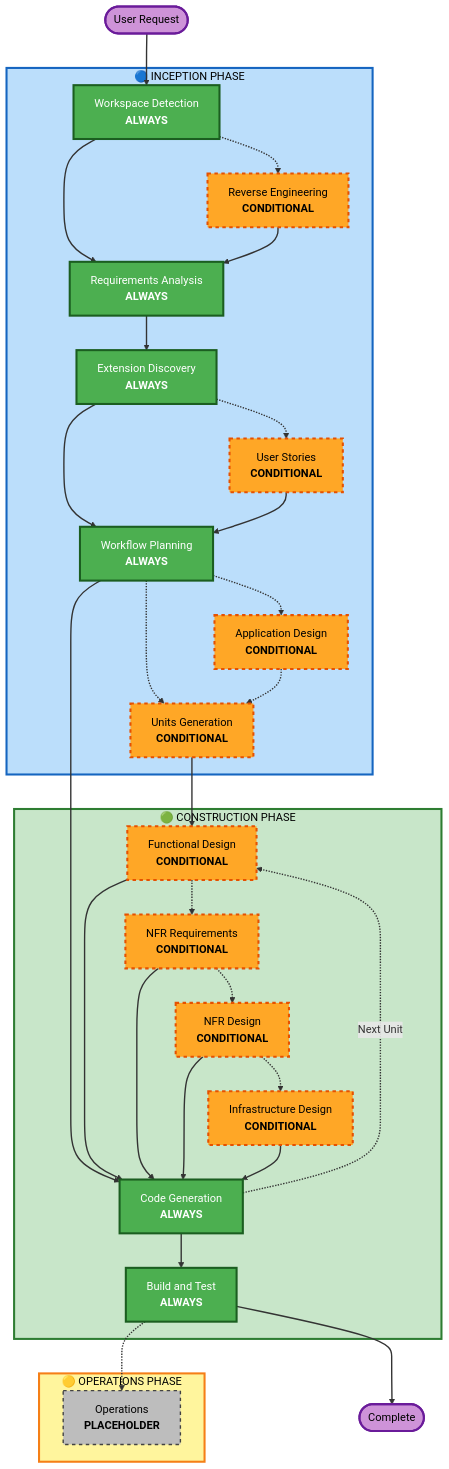
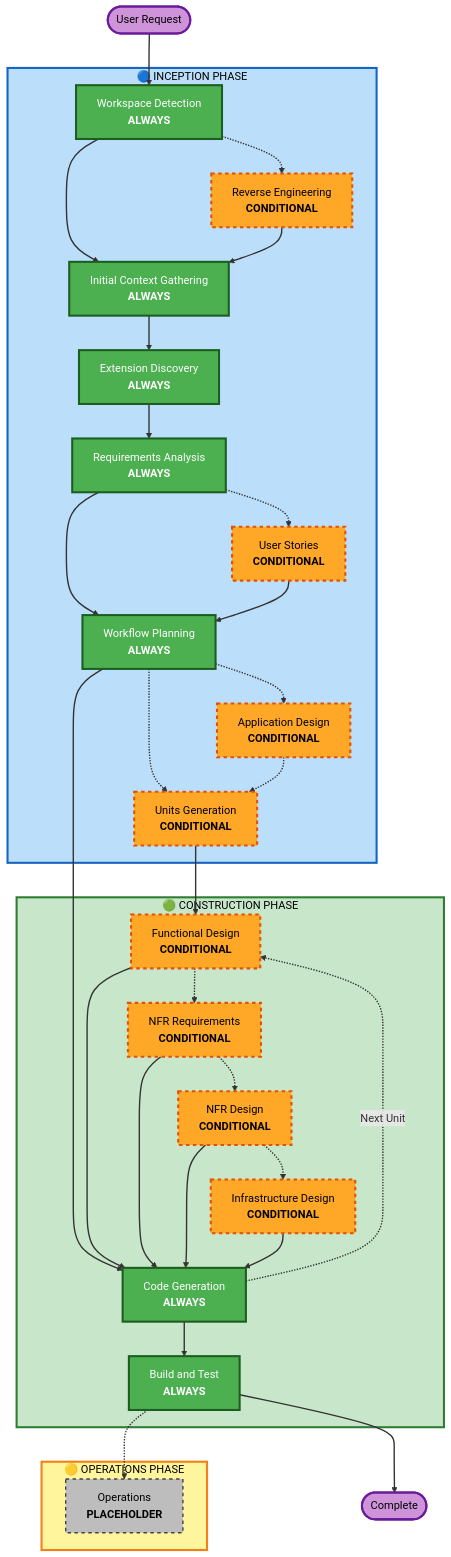
One commit to harmjeff/aidlc-workflows changed the diagram in aidlc-rules/aws-aidlc-rule-details/common/process-overview.md. Above: the diagram before and after it, drawn with Mermaid. The commit also changed other lines of this file and 2 other files, not shown here.

Commit message:
refactor: add Initial Context Gathering stage, extensions load before requirements
- New flow: Workspace Detection → Reverse Engineering → Initial Context Gathering → Extension Discovery → Requirements Analysis
- Initial Context Gathering is lightweight (what, domain, platform, compliance, data sensitivity)
- Extension Discovery uses that context for informed recommendations
- Requirements Analysis now runs WITH extensions loaded — compliance-driven questions injected
- Extension Discovery saves questions/answers to aidlc-docs/extensions/extension-discovery.md
- Enabled extensions saved to aidlc-docs/extensions/enabled-extensions.md
- Update process-overview.md diagram and descriptions

```diff
--- a/aidlc-rules/aws-aidlc-rule-details/common/process-overview.md
+++ b/aidlc-rules/aws-aidlc-rule-details/common/process-overview.md
@@ -37,8 +37,9 @@
     
     subgraph INCEPTION["🔵 INCEPTION PHASE"]
         WD["Workspace Detection<br/><b>ALWAYS</b>"]
+        RE["Reverse Engineering<br/><b>CONDITIONAL</b>"]
+        ICG["Initial Context Gathering<br/><b>ALWAYS</b>"]
         ED["Extension Discovery<br/><b>ALWAYS</b>"]
-        RE["Reverse Engineering<br/><b>CONDITIONAL</b>"]
         RA["Requirements Analysis<br/><b>ALWAYS</b>"]
         Stories["User Stories<br/><b>CONDITIONAL</b>"]
         WP["Workflow Planning<br/><b>ALWAYS</b>"]
@@ -61,12 +62,13 @@
     
     Start --> WD
     WD -.-> RE
-    WD --> RA
-    RE --> RA
-    RA --> ED
+    WD --> ICG
+    RE --> ICG
+    ICG --> ED
+    ED --> RA
     
-    ED -.-> Stories
-    ED --> WP
+    RA -.-> Stories
+    RA --> WP
     Stories --> WP
     
     WP -.-> AppDesign
@@ -88,6 +90,7 @@
     BT --> End(["Complete"])
     
     style WD fill:#4CAF50,stroke:#1B5E20,stroke-width:3px,color:#fff
+    style ICG fill:#4CAF50,stroke:#1B5E20,stroke-width:3px,color:#fff
     style ED fill:#4CAF50,stroke:#1B5E20,stroke-width:3px,color:#fff
     style RA fill:#4CAF50,stroke:#1B5E20,stroke-width:3px,color:#fff
     style WP fill:#4CAF50,stroke:#1B5E20,stroke-width:3px,color:#fff
```
